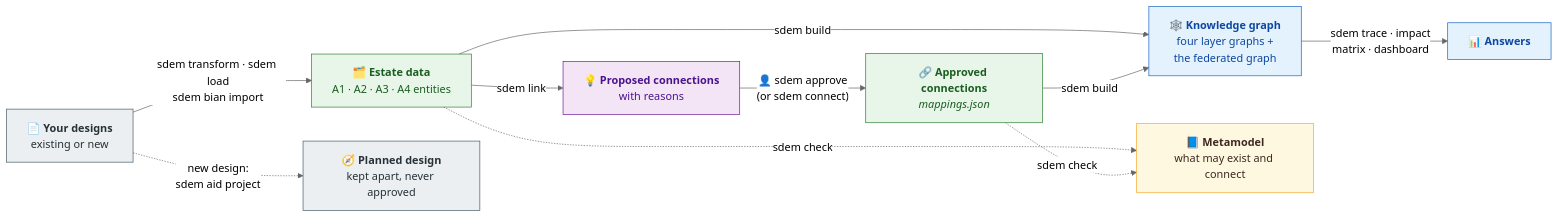
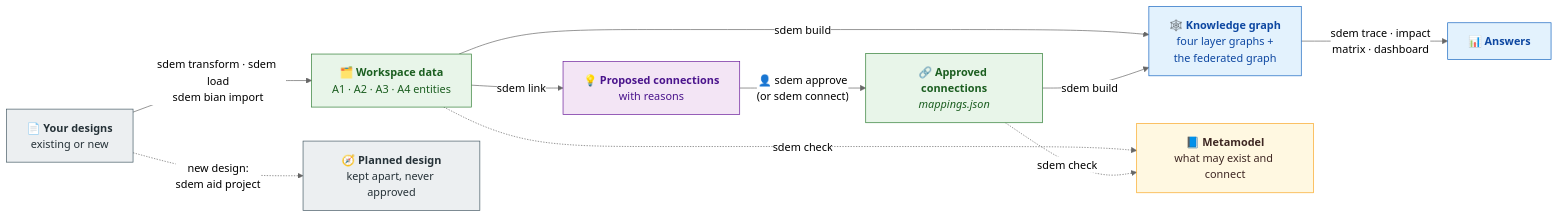
The fourth of 9 diagrams in README.md (taumoeps/bian-sdem-framework), drawn with Mermaid (neutral theme) before and after one commit. The commit also changed other lines of this file and 155 other files, not shown here.

````diff
--- a/README.md
+++ b/README.md
@@ -104,30 +104,30 @@
 ```mermaid
 flowchart LR
     IN["📄 <b>Your designs</b><br/>existing or new"]
-    D["🗂️ <b>Estate data</b><br/>A1 · A2 · A3 · A4 entities"]
+    D["🗂️ <b>Workspace data</b><br/>A1 · A2 · A3 · A4 entities"]
     P["💡 <b>Proposed connections</b><br/>with reasons"]
     C["🔗 <b>Approved connections</b><br/><i>mappings.json</i>"]
     K["🕸️ <b>Knowledge graph</b><br/>four layer graphs +<br/>the federated graph"]
     A["📊 <b>Answers</b>"]
     PL["🧭 <b>Planned design</b><br/>kept apart, never approved"]
     MM["📘 <b>Metamodel</b><br/>what may exist and connect"]
     IN -->|"sdem transform · sdem load<br/>sdem bian import"| D
     IN -.->|"new design:<br/>sdem aid project"| PL
     D -->|"sdem link"| P
     P -->|"👤 sdem approve<br/>(or sdem connect)"| C
     D -->|"sdem build"| K
     C -->|"sdem build"| K
     K -->|"sdem trace · impact<br/>matrix · dashboard"| A
     D -.->|"sdem check"| MM
     C -.->|"sdem check"| MM
     classDef r fill:#FFF8E1,stroke:#F9A825,color:#3E2723
     classDef d fill:#E8F5E9,stroke:#2E7D32,color:#1B5E20
     classDef g fill:#E3F2FD,stroke:#1565C0,color:#0D47A1
     classDef p fill:#F3E5F5,stroke:#6A1B9A,color:#4A148C
     classDef o fill:#ECEFF1,stroke:#455A64,color:#263238
     class MM r
     class D,C d
     class K,A g
     class P p
     class IN,PL o
 ```
````
